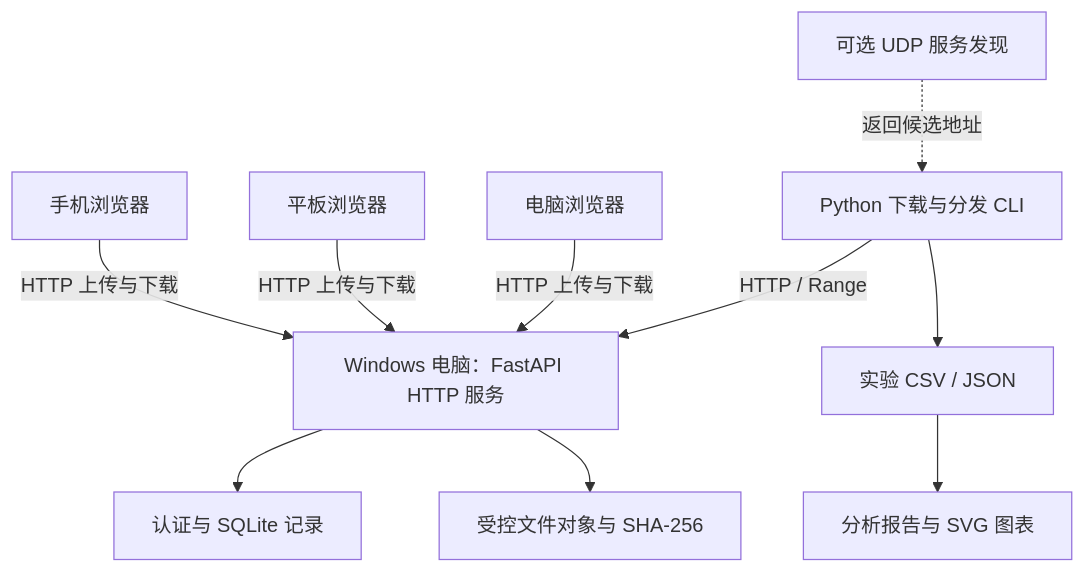
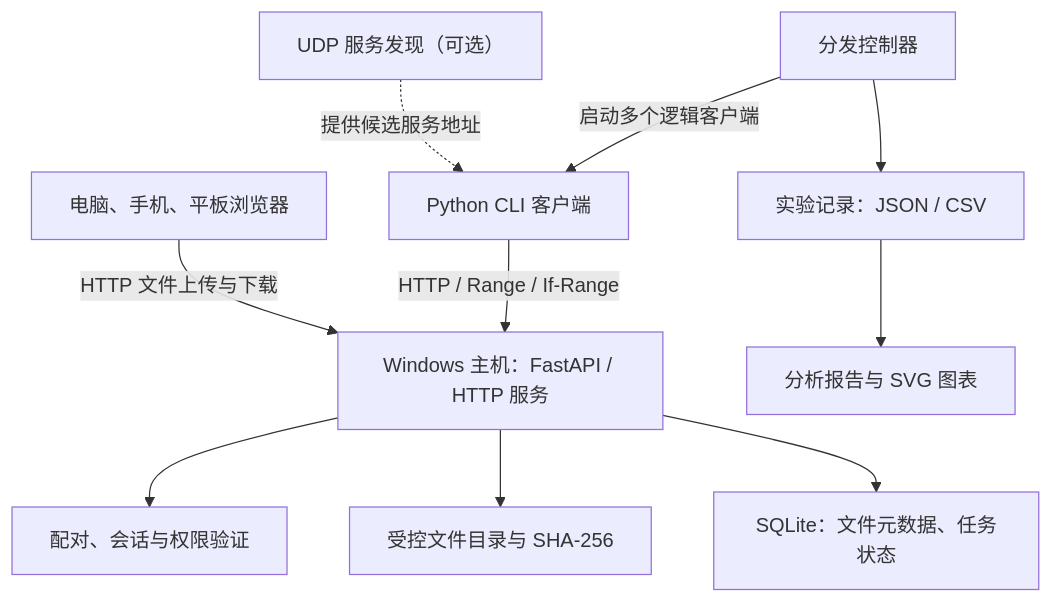
One commit to cppppercy/lan-distribution-lab changed the first of 2 diagrams in docs/EXPERIMENT_REPORT.md. Above: the diagram before and after it, drawn with Mermaid. The commit also changed other lines of this file, not shown here.

````diff
--- a/docs/EXPERIMENT_REPORT.md
+++ b/docs/EXPERIMENT_REPORT.md
@@ -116,23 +65,23 @@
 ```mermaid
 flowchart TD
-    server["Windows 电脑：FastAPI HTTP 服务"]
-    mobile["手机浏览器"]
-    tablet["平板浏览器"]
-    browser["电脑浏览器"]
-    cli["Python 下载与分发 CLI"]
-    auth["认证与 SQLite 记录"]
-    store["受控文件对象与 SHA-256"]
-    udp["可选 UDP 服务发现"]
-    raw["实验 CSV / JSON"]
-    chart["分析报告与 SVG 图表"]
+    B["电脑、手机、平板浏览器"]
+    C["Python CLI 客户端"]
+    S["Windows 主机：FastAPI / HTTP 服务"]
+    A["配对、会话与权限验证"]
+    F["受控文件目录与 SHA-256"]
+    D["SQLite：文件元数据、任务状态"]
+    U["UDP 服务发现（可选）"]
+    M["分发控制器"]
+    E["实验记录：JSON / CSV"]
+    R["分析报告与 SVG 图表"]
 
-    mobile -->|HTTP 上传与下载| server
-    tablet -->|HTTP 上传与下载| server
-    browser -->|HTTP 上传与下载| server
-    cli -->|HTTP / Range| server
-    server --> auth
-    server --> store
-    udp -.->|返回候选地址| cli
-    cli --> raw
-    raw --> chart
+    B -->|"HTTP 文件上传与下载"| S
+    C -->|"HTTP / Range / If-Range"| S
+    S --> A
+    S --> F
+    S --> D
+    U -.->|"提供候选服务地址"| C
+    M -->|"启动多个逻辑客户端"| C
+    M --> E
+    E --> R
 ```
````
